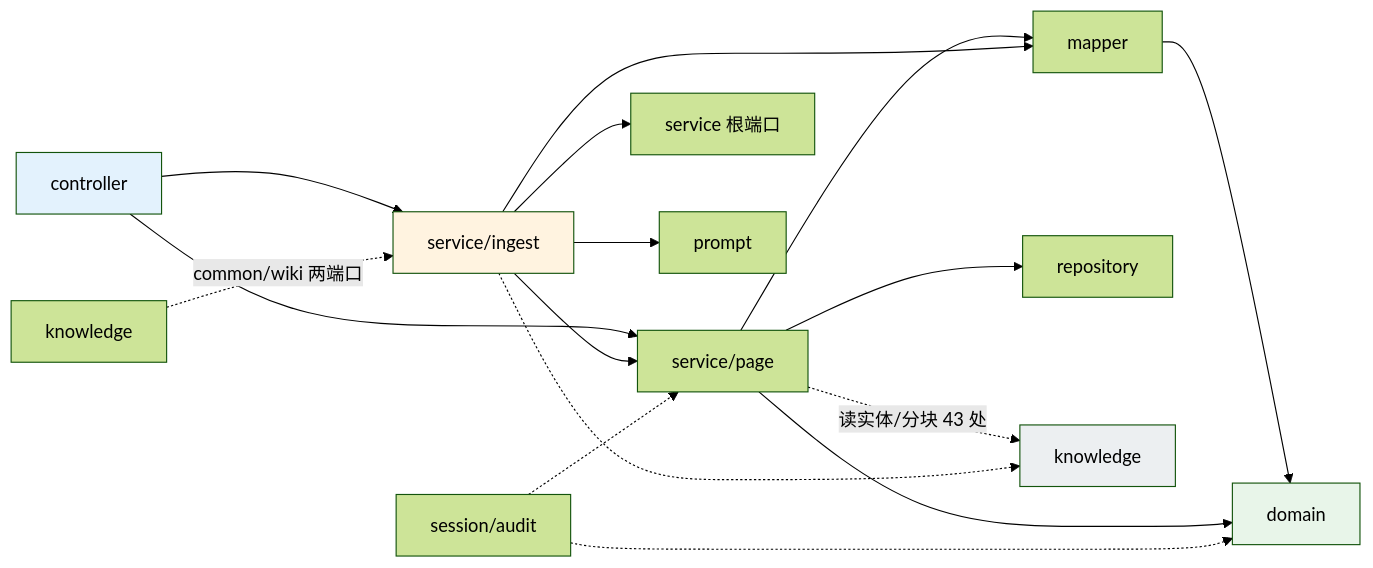
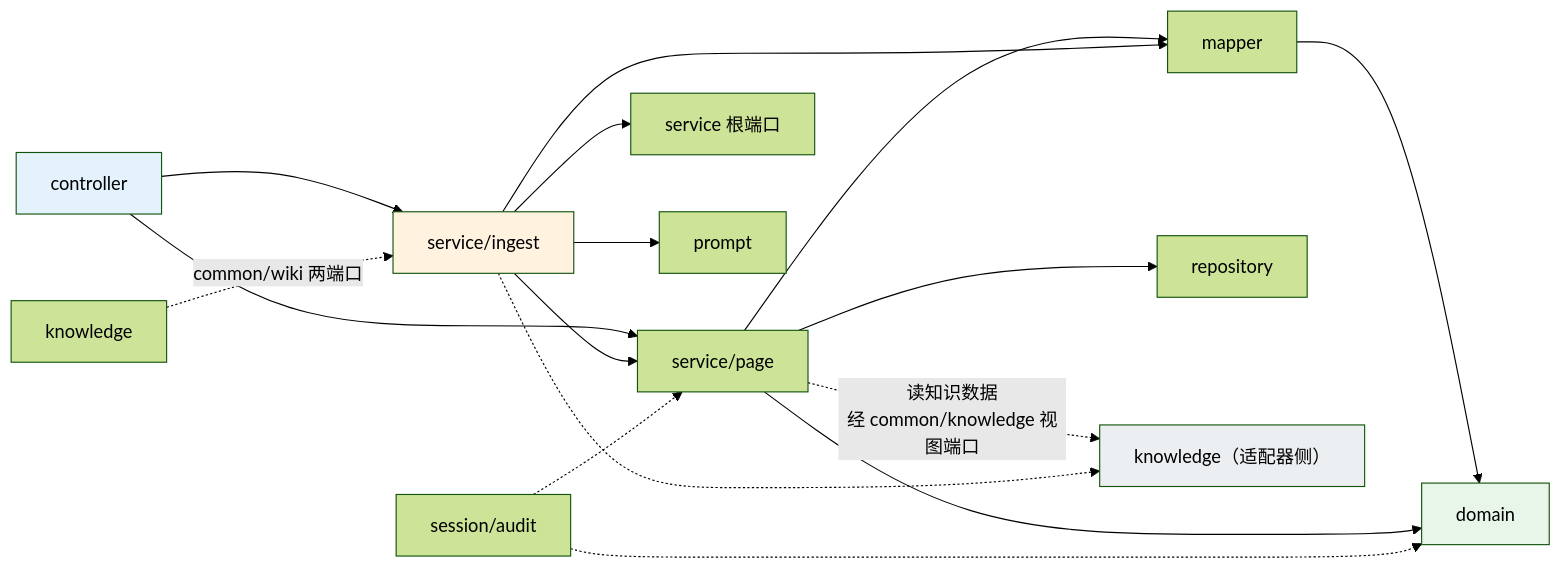
One commit to pmbilly/ragagent changed the second of 6 diagrams in docs/wiki-module-guide.md. Above: the diagram before and after it, drawn with Mermaid (forest theme). The commit also changed other lines of this file and 36 other files, not shown here.

````diff
--- a/docs/wiki-module-guide.md
+++ b/docs/wiki-module-guide.md
@@ -101,24 +101,24 @@
 ```mermaid
 graph LR
     A["controller"] --> B["service/page"]
     A --> C["service/ingest"]
     C --> B
     C --> D["service 根端口"]
     C --> E["prompt"]
     B --> F["mapper"]
     B --> F2["repository"]
     C --> F
     F --> G["domain"]
     B --> G
 
-    B -.->|"读实体/分块 43 处"| H["knowledge"]
+    B -.->|"读知识数据<br/>经 common/knowledge 视图端口"| H["knowledge（适配器侧）"]
     C -.-> H
     K["knowledge"] -.->|"common/wiki 两端口"| C
     S["session/audit"] -.-> B
     S -.-> G
 
     style A fill:#e3f2fd
     style C fill:#fff3e0
     style G fill:#e8f5e9
     style H fill:#eceff1
 ```
````
